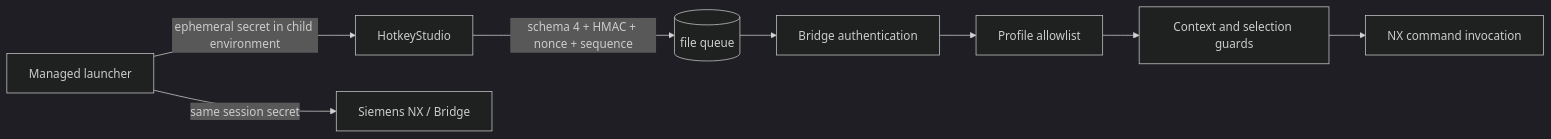
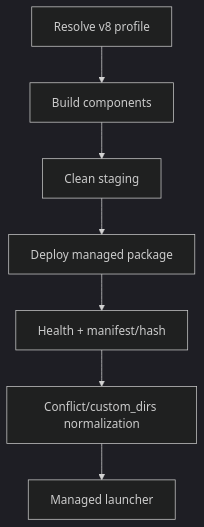
The fourth of 4 diagrams in docs/ARCHITECTURE.md (Homiakus/NXkeys), drawn with Mermaid (dark theme) before and after one commit. The commit also changed other lines of this file, not shown here.

Commit message:
docs: align architecture with v8 runtime and authenticated bridge

````diff
--- a/docs/ARCHITECTURE.md
+++ b/docs/ARCHITECTURE.md
@@ -317,10 +211,9 @@
 ```mermaid
-flowchart LR
-    L[Managed launcher] -->|ephemeral secret in child environment| H[HotkeyStudio]
-    L -->|same session secret| N[Siemens NX / Bridge]
-    H -->|schema 4 + HMAC + nonce + sequence| Q[(file queue)]
-    Q --> V[Bridge authentication]
-    V --> P[Profile allowlist]
-    P --> C[Context and selection guards]
-    C --> X[NX command invocation]
+flowchart TD
+    V[Resolve v8 profile] --> B[Build components]
+    B --> S[Clean staging]
+    S --> D[Deploy managed package]
+    D --> H[Health + manifest/hash]
+    H --> C[Conflict/custom_dirs normalization]
+    C --> L[Managed launcher]
 ```
````
